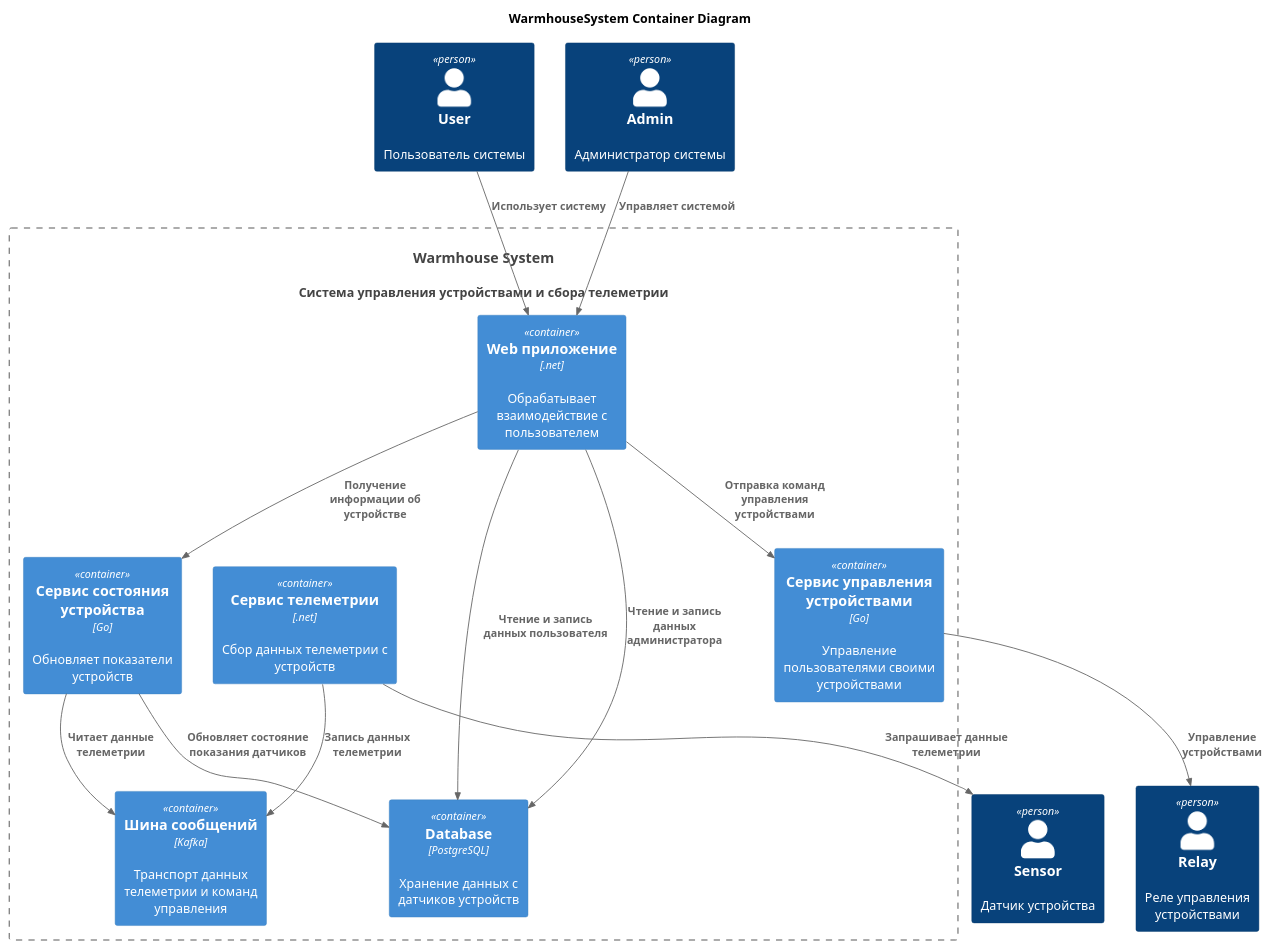
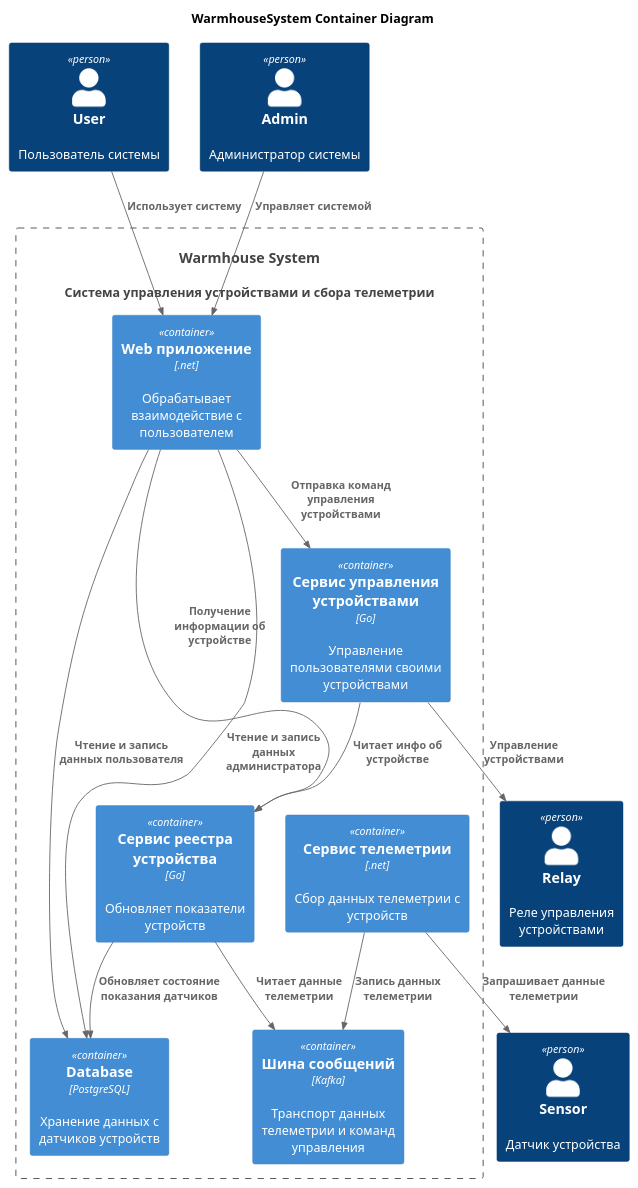
One commit to lukyanovanton131/architecture-pro-warmhouse changed the diagram in diagrams/containers/WarmhouseSystemContainers.puml. Above: the diagram before and after it, drawn with PlantUML. The commit also changed 14 other files, not shown here.

```diff
--- a/diagrams/containers/WarmhouseSystemContainers.puml
+++ b/diagrams/containers/WarmhouseSystemContainers.puml
@@ -1,38 +1,39 @@
 @startuml
 title WarmhouseSystem Container Diagram
 
 top to bottom direction
 
 !includeurl https://raw.githubusercontent.com/RicardoNiepel/C4-PlantUML/master/C4_Component.puml
 
 Person(user, "User", "Пользователь системы")
 Person(admin, "Admin", "Администратор системы")
 Person(sensor, "Sensor", "Датчик устройства")
 Person(relay, "Relay", "Реле управления устройствами")
 
 System(WarmhouseSystem, "Warmhouse System", "Система управления устройствами и сбора телеметрии")
 
 Container_Boundary(WarmhouseSystem, "Warmhouse System") {
   Container(WebApp, "Web приложение", ".net", "Обрабатывает взаимодействие с пользователем")
   Container(DeviceControlApp, "Сервис управления устройствами", "Go", "Управление пользователями своими устройствами")
-  Container(DeviceStateManagerApp, "Сервис состояния устройства", "Go", "Обновляет показатели устройств")
+  Container(DeviceRegistryApp, "Сервис реестра устройства", "Go", "Обновляет показатели устройств")
   Container(TelemetryCollectorApp, "Сервис телеметрии", ".net", "Сбор данных телеметрии с устройств")
   
   Container(Database, "Database", "PostgreSQL", "Хранение данных с датчиков устройств")
   Container(MessageBus, "Шина сообщений", "Kafka", "Транспорт данных телеметрии и команд управления")
 }
 
 
 Rel(user, WebApp, "Использует систему")
 Rel(admin, WebApp,"Управляет системой")
 Rel(WebApp, Database,"Чтение и запись данных пользователя")
 Rel(WebApp, DeviceControlApp,"Отправка команд управления устройствами")
-Rel(WebApp, DeviceStateManagerApp,"Получение информации об устройстве")
+Rel(WebApp, DeviceRegistryApp,"Получение информации об устройстве")
 Rel(WebApp, Database,"Чтение и запись данных администратора")
 Rel(TelemetryCollectorApp, sensor,"Запрашивает данные телеметрии")
 Rel(TelemetryCollectorApp, MessageBus,"Запись данных телеметрии")
 Rel(DeviceControlApp, relay,"Управление устройствами")
-Rel(DeviceStateManagerApp, Database,"Обновляет состояние показания датчиков")
-Rel(DeviceStateManagerApp, MessageBus,"Читает данные телеметрии")
+Rel(DeviceRegistryApp, Database,"Обновляет состояние показания датчиков")
+Rel(DeviceRegistryApp, MessageBus,"Читает данные телеметрии")
+Rel(DeviceControlApp, DeviceRegistryApp,"Читает инфо об устройстве")
 
 @enduml
```
